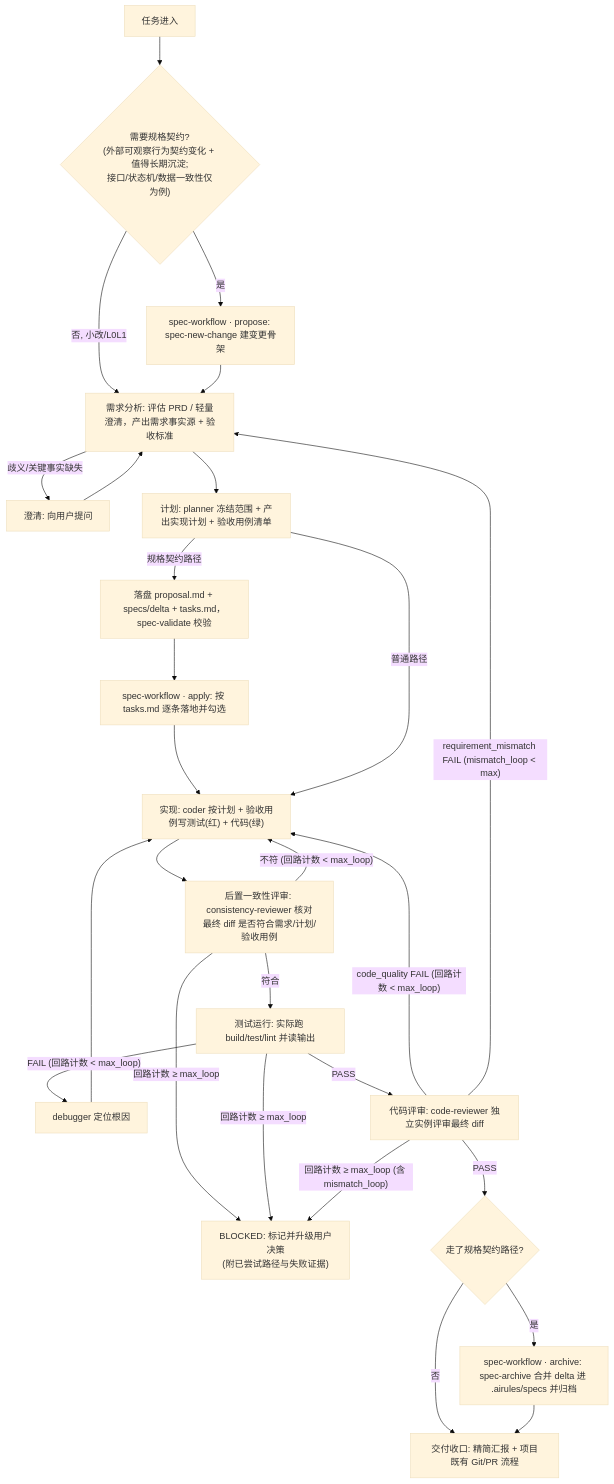
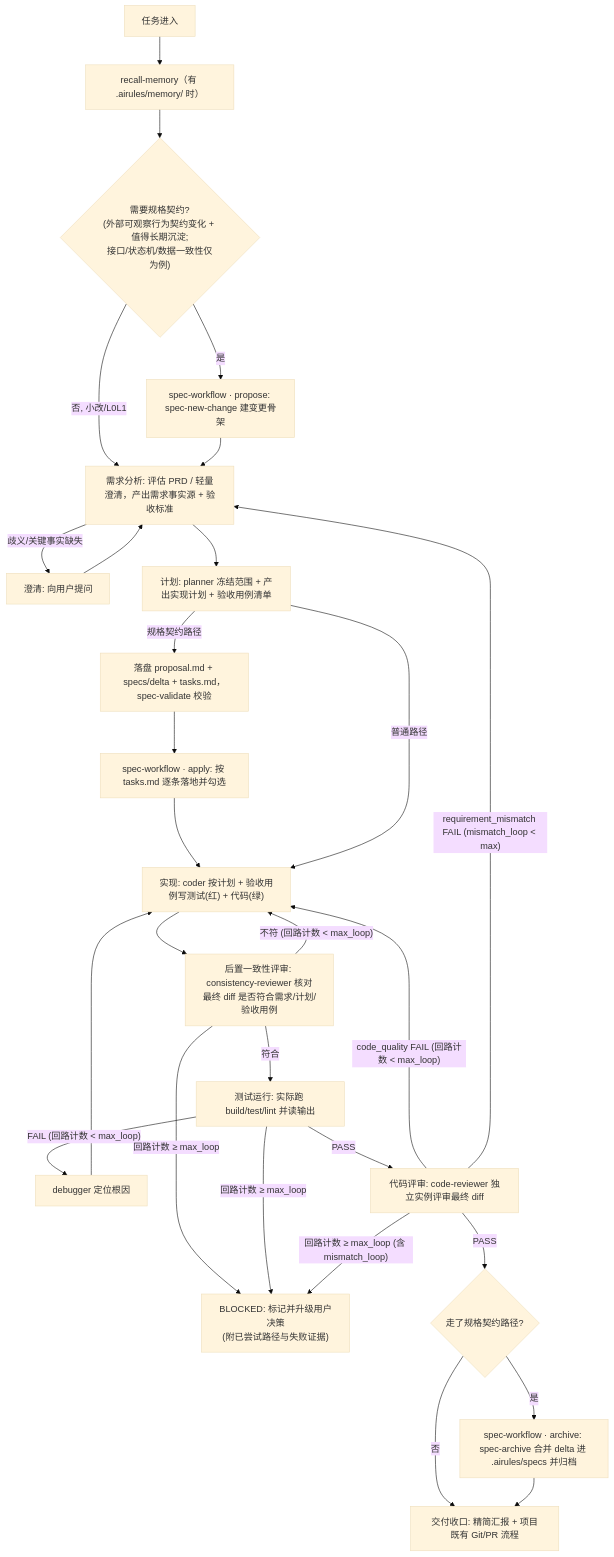
The first of 2 diagrams in rules/AGENTS.md (moluoxixi/AIRules), drawn with Mermaid (base theme) before and after one commit. The commit also changed other lines of this file and 4 other files, not shown here.

````diff
--- a/rules/AGENTS.md
+++ b/rules/AGENTS.md
@@ -7,29 +7,30 @@
 ```mermaid
 flowchart TD
-  Intake["任务进入"] --> Gate{"需要规格契约?<br/>(外部可观察行为契约变化 + 值得长期沉淀;<br/>接口/状态机/数据一致性仅为例)"}
+  Intake["任务进入"] --> Recall["recall-memory（有 .airules/memory/ 时）"]
+  Recall --> Gate{"需要规格契约?<br/>(外部可观察行为契约变化 + 值得长期沉淀;<br/>接口/状态机/数据一致性仅为例)"}
   Gate -->|否, 小改/L0L1| Req
   Gate -->|是| Propose["spec-workflow · propose: spec-new-change 建变更骨架"]
   Propose --> Req
 
   Req["需求分析: 评估 PRD / 轻量澄清，产出需求事实源 + 验收标准"]
   Req -->|歧义/关键事实缺失| Clarify["澄清: 向用户提问"] --> Req
   Req --> Plan["计划: planner 冻结范围 + 产出实现计划 + 验收用例清单"]
   Plan -->|规格契约路径| Spec["落盘 proposal.md + specs/delta + tasks.md，spec-validate 校验"]
   Spec --> Apply["spec-workflow · apply: 按 tasks.md 逐条落地并勾选"]
   Apply --> Code
   Plan -->|普通路径| Code["实现: coder 按计划 + 验收用例写测试(红) + 代码(绿)"]
   Code --> Consist["后置一致性评审: consistency-reviewer 核对最终 diff 是否符合需求/计划/验收用例"]
   Consist -->|"不符 (回路计数 < max_loop)"| Code
   Consist -->|符合| Test["测试运行: 实际跑 build/test/lint 并读输出"]
   Test -->|"FAIL (回路计数 < max_loop)"| Debug["debugger 定位根因"] --> Code
   Test -->|"PASS"| Review["代码评审: code-reviewer 独立实例评审最终 diff"]
   Review -->|"code_quality FAIL (回路计数 < max_loop)"| Code
   Review -->|"requirement_mismatch FAIL (mismatch_loop < max)"| Req
   Consist -->|"回路计数 ≥ max_loop"| Blocked
   Test -->|"回路计数 ≥ max_loop"| Blocked["BLOCKED: 标记并升级用户决策<br/>(附已尝试路径与失败证据)"]
   Review -->|"回路计数 ≥ max_loop (含 mismatch_loop)"| Blocked
   Review -->|PASS| Archive{"走了规格契约路径?"}
   Archive -->|是| DoArchive["spec-workflow · archive: spec-archive 合并 delta 进 .airules/specs 并归档"]
   Archive -->|否| Done
   DoArchive --> Done["交付收口: 精简汇报 + 项目既有 Git/PR 流程"]
 ```
````
